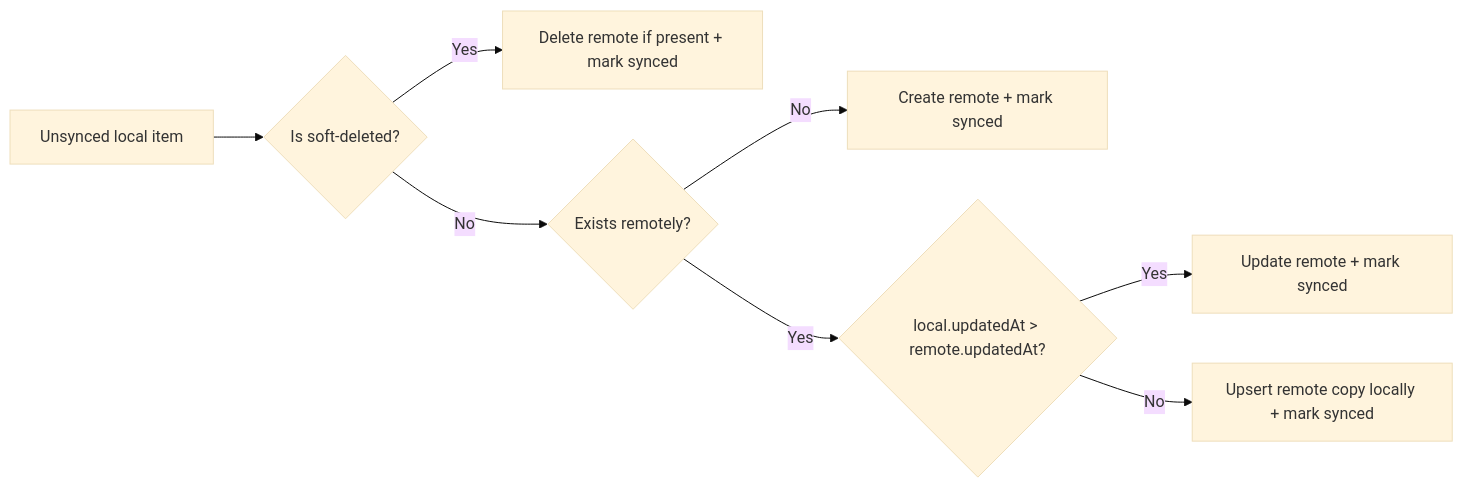
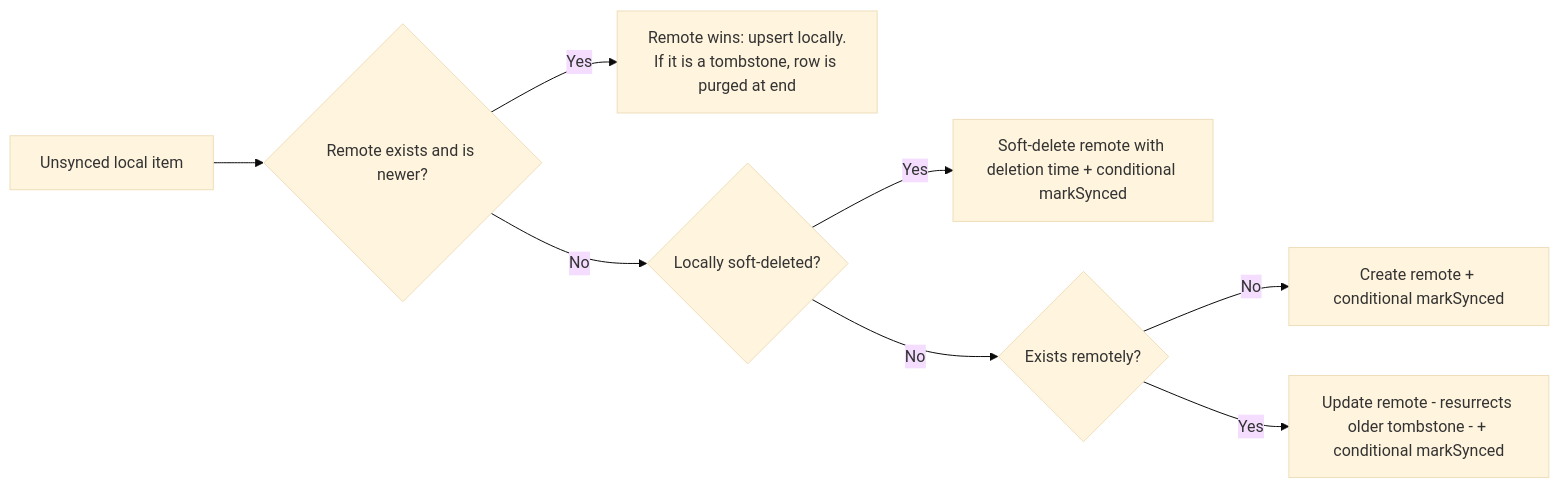
Before and after one commit to martinhansdk/repertoire-coach: the fifth of 7 diagrams in docs/SYNC_ARCHITECTURE.md, drawn with Mermaid (base theme). The commit also changed other lines of this file and 1 other file, not shown here.

````diff
--- a/docs/SYNC_ARCHITECTURE.md
+++ b/docs/SYNC_ARCHITECTURE.md
@@ -120,10 +159,10 @@
 ```mermaid
 flowchart LR
-  X[Unsynced local item] --> Y{Is soft-deleted?}
-  Y -->|Yes| Y1[Delete remote if present + mark synced]
-  Y -->|No| Z{Exists remotely?}
-  Z -->|No| Z1[Create remote + mark synced]
-  Z -->|Yes| W{local.updatedAt > remote.updatedAt?}
-  W -->|Yes| W1[Update remote + mark synced]
-  W -->|No| W2[Upsert remote copy locally + mark synced]
+  X[Unsynced local item] --> Y{Remote exists and is newer?}
+  Y -->|Yes| Y1[Remote wins: upsert locally.<br/>If it is a tombstone, row is purged at end]
+  Y -->|No| Z{Locally soft-deleted?}
+  Z -->|Yes| Z1[Soft-delete remote with deletion time + conditional markSynced]
+  Z -->|No| W{Exists remotely?}
+  W -->|No| W1[Create remote + conditional markSynced]
+  W -->|Yes| W2[Update remote - resurrects older tombstone - + conditional markSynced]
 ```
````
